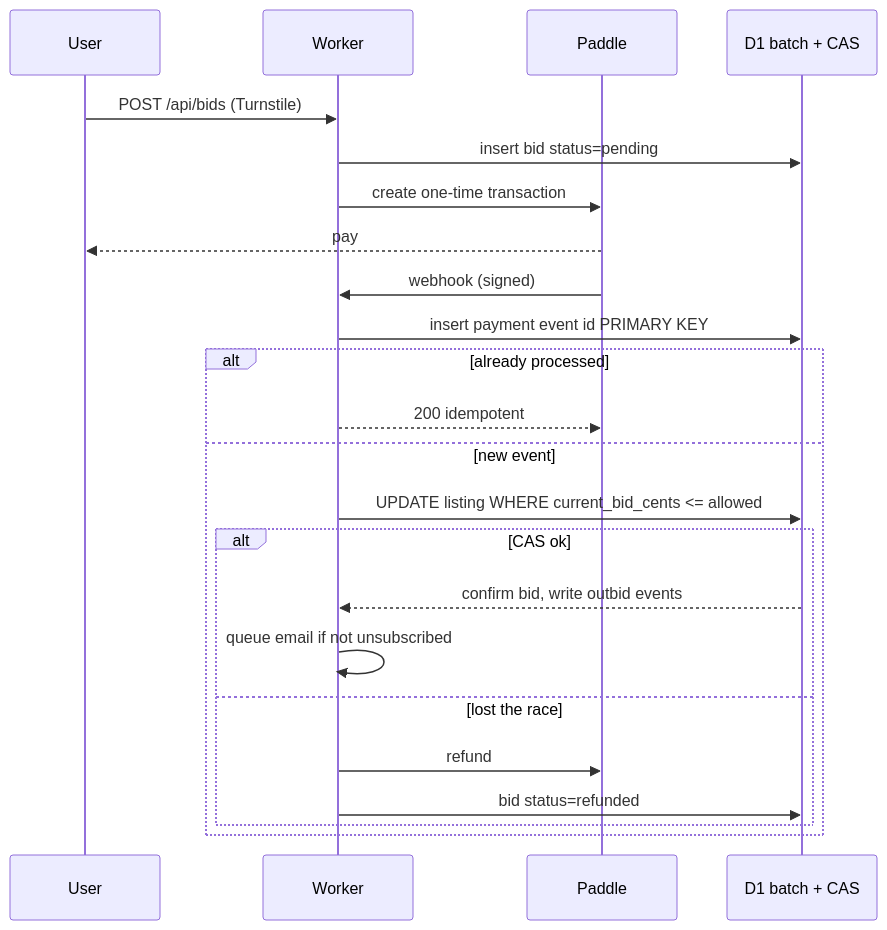
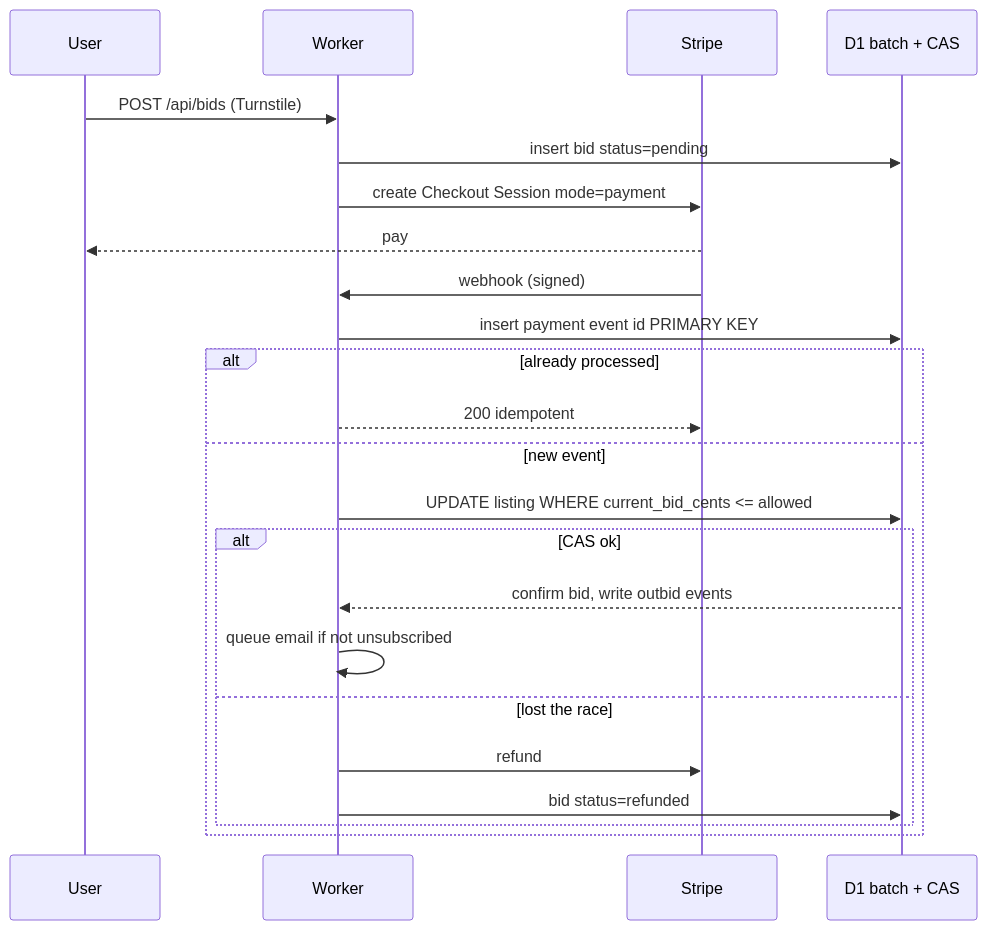
One commit to travisrr/hireme-lol changed the second of 2 diagrams in ARCHITECTURE.md. Above: the diagram before and after it, drawn with Mermaid. The commit also changed other lines of this file and 21 other files, not shown here.

First line of the commit message:
Switch live payments back to Stripe Checkout.

````diff
--- a/ARCHITECTURE.md
+++ b/ARCHITECTURE.md
@@ -85,26 +85,26 @@
 ```mermaid
 sequenceDiagram
   participant U as User
   participant W as Worker
-  participant S as Paddle
+  participant S as Stripe
   participant D as D1 batch + CAS
 
   U->>W: POST /api/bids (Turnstile)
   W->>D: insert bid status=pending
-  W->>S: create one-time transaction
+  W->>S: create Checkout Session mode=payment
   S-->>U: pay
   S->>W: webhook (signed)
   W->>D: insert payment event id PRIMARY KEY
   alt already processed
     W-->>S: 200 idempotent
   else new event
     W->>D: UPDATE listing WHERE current_bid_cents <= allowed
     alt CAS ok
       D-->>W: confirm bid, write outbid events
       W->>W: queue email if not unsubscribed
     else lost the race
       W->>S: refund
       W->>D: bid status=refunded
     end
   end
 ```
````
